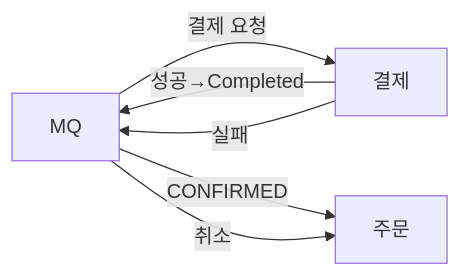
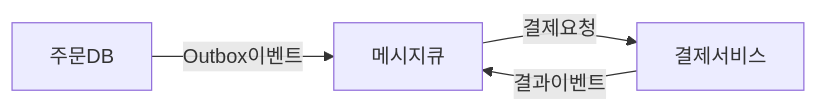
The seventh of 8 diagrams in _posts/spring/2026-05-02-spring-db-1.md (yjkim2015/yjkim2015.github.io), drawn with Mermaid before and after one commit. The commit also changed other lines of this file and 4 other files, not shown here.

````diff
--- a/_posts/spring/2026-05-02-spring-db-1.md
+++ b/_posts/spring/2026-05-02-spring-db-1.md
@@ -518,8 +1125,6 @@
 ```mermaid
 graph LR
-    MQ["MQ"] -->|"결제 요청"| PAY["결제"]
-    PAY -->|"성공→Completed"| MQ
-    MQ -->|"CONFIRMED"| ORDER["주문"]
-    PAY -->|"실패"| MQ
-    MQ -->|"취소"| ORDER
+    ORD["주문DB"] -->|"Outbox이벤트"| MQ["메시지큐"]
+    MQ -->|"결제요청"| PAY["결제서비스"]
+    PAY -->|"결과이벤트"| MQ
 ```
````
